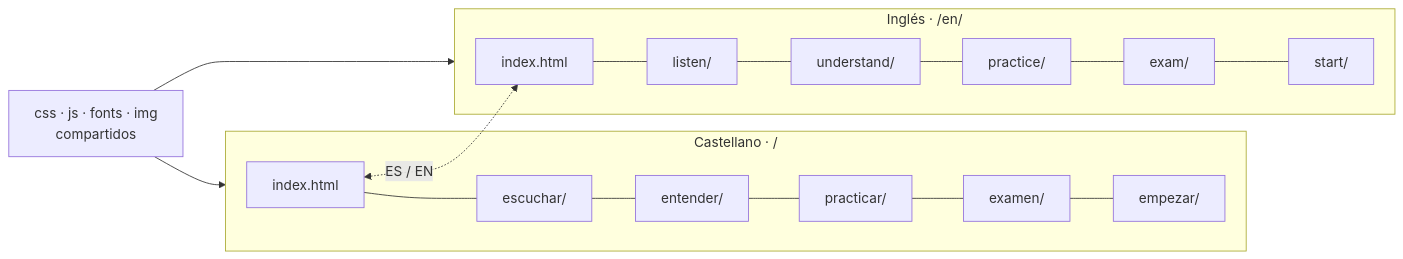
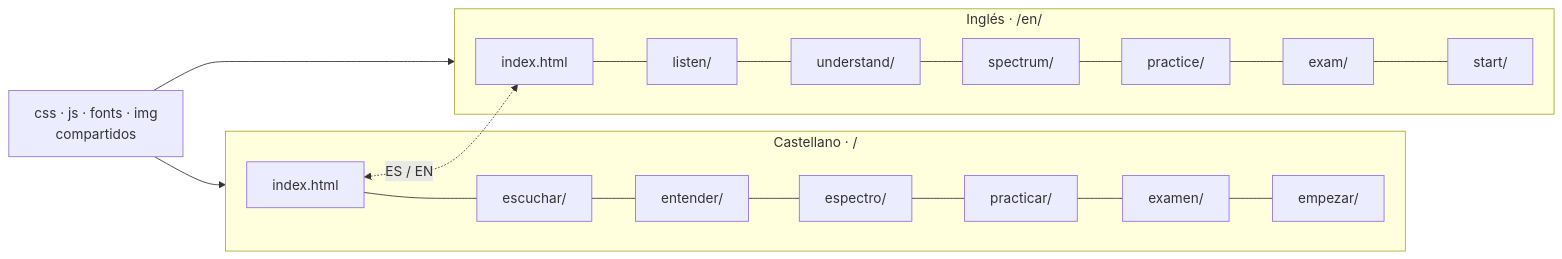
Before and after one commit to serbenda/radio: the diagram in docs/IDIOMAS.md, drawn with Mermaid. The commit also changed other lines of this file and 42 other files, not shown here.

````diff
--- a/docs/IDIOMAS.md
+++ b/docs/IDIOMAS.md
@@ -17,11 +18,11 @@
 ```mermaid
 flowchart LR
   subgraph ES["Castellano · /"]
-    E1[index.html] --- E2[escuchar/] --- E3[entender/] --- E4[practicar/] --- E5[examen/] --- E6[empezar/]
+    E1[index.html] --- E2[escuchar/] --- E3[entender/] --- E7[espectro/] --- E4[practicar/] --- E5[examen/] --- E6[empezar/]
   end
   subgraph EN["Inglés · /en/"]
-    N1[index.html] --- N2[listen/] --- N3[understand/] --- N4[practice/] --- N5[exam/] --- N6[start/]
+    N1[index.html] --- N2[listen/] --- N3[understand/] --- N7[spectrum/] --- N4[practice/] --- N5[exam/] --- N6[start/]
   end
   M[css · js · fonts · img<br/>compartidos] --> ES & EN
   E1 <-. ES / EN .-> N1
 ```
````
